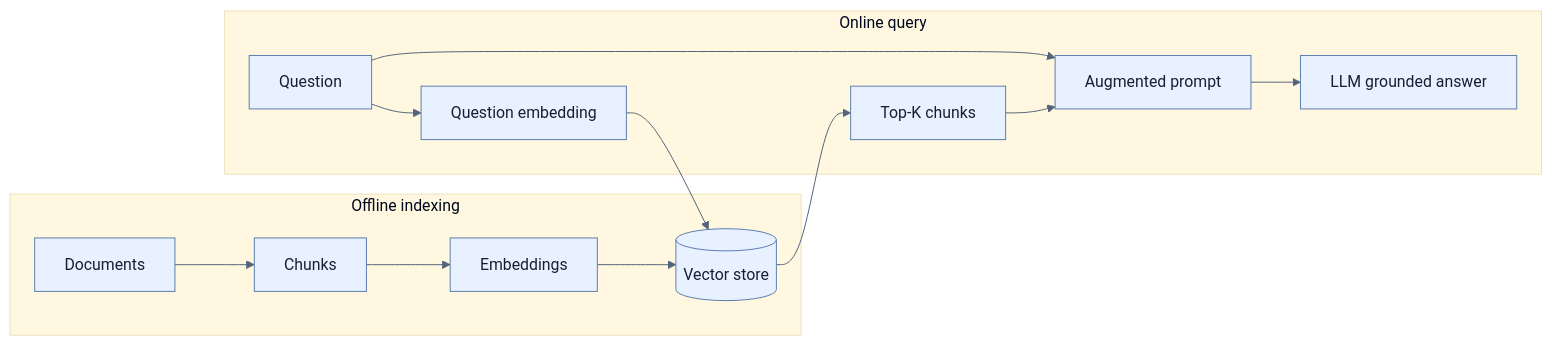
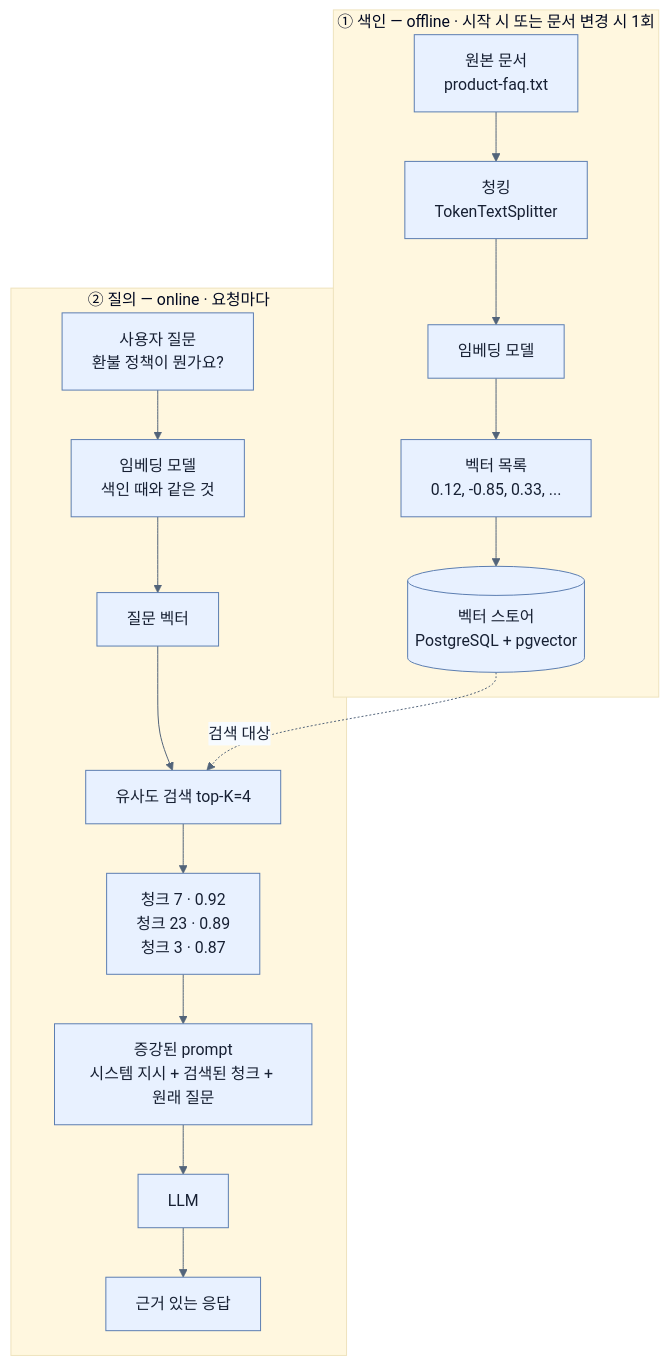
Before and after one commit to sing-u8/Learning_Spring_Boot_4: the diagram in spring-boot-4-pdf-notes/part-6-building-intelligent-applications-with-spring-ai/chapter-14-building-intelligent-applications-with-spring-ai/05-implementing-rag-with-vector-stores-and-advisors.md, drawn with Mermaid. The commit also changed other lines of this file and 253 other files, not shown here.

````diff
--- a/spring-boot-4-pdf-notes/part-6-building-intelligent-applications-with-spring-ai/chapter-14-building-intelligent-applications-with-spring-ai/05-implementing-rag-with-vector-stores-and-advisors.md
+++ b/spring-boot-4-pdf-notes/part-6-building-intelligent-applications-with-spring-ai/chapter-14-building-intelligent-applications-with-spring-ai/05-implementing-rag-with-vector-stores-and-advisors.md
@@ -36,17 +88,22 @@
 ```mermaid
 %%{init: {'theme': 'base', 'themeVariables': {'background': '#ffffff', 'primaryColor': '#e8f1ff', 'primaryTextColor': '#172033', 'primaryBorderColor': '#5b7db1', 'lineColor': '#52647a', 'secondaryColor': '#f7fbff', 'tertiaryColor': '#fff7df'}}}%%
-flowchart LR
-    subgraph OFF[Offline indexing]
-        D[Documents] --> CH[Chunks]
-        CH --> EM[Embeddings]
-        EM --> VS[(Vector store)]
+flowchart TB
+    subgraph IDX["① 색인 — offline · 시작 시 또는 문서 변경 시 1회"]
+        D["원본 문서<br/>product-faq.txt"] --> CH["청킹<br/>TokenTextSplitter"]
+        CH --> EM1["임베딩 모델"]
+        EM1 --> V1["벡터 목록<br/>0.12, -0.85, 0.33, ..."]
+        V1 --> VS[("벡터 스토어<br/>PostgreSQL + pgvector")]
     end
-    subgraph ON[Online query]
-        Q[Question] --> QE[Question embedding]
-        QE --> VS
-        VS --> K[Top-K chunks]
-        Q --> P[Augmented prompt]
-        K --> P
-        P --> L[LLM grounded answer]
+
+    subgraph QRY["② 질의 — online · 요청마다"]
+        Q["사용자 질문<br/>환불 정책이 뭔가요?"] --> EM2["임베딩 모델<br/>색인 때와 같은 것"]
+        EM2 --> QV["질문 벡터"]
+        QV --> SR["유사도 검색 top-K=4"]
+        SR --> TOP["청크 7 · 0.92<br/>청크 23 · 0.89<br/>청크 3 · 0.87"]
+        TOP --> AUG["증강된 prompt<br/>시스템 지시 + 검색된 청크 + 원래 질문"]
+        AUG --> LLM["LLM"]
+        LLM --> ANS["근거 있는 응답"]
     end
+
+    VS -.->|검색 대상| SR
 ```
````
